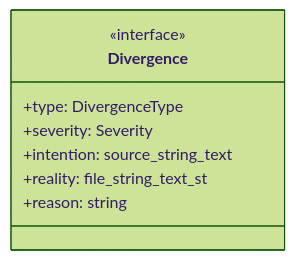
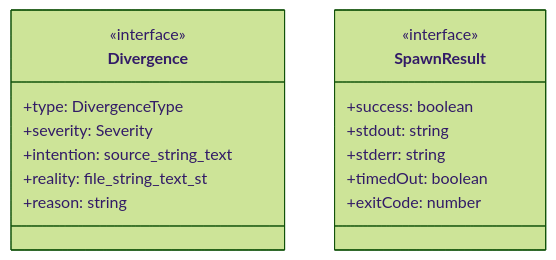
Before and after one commit to Mekann2904/mekann: the sixth of 7 diagrams in ABDD/.pi/extensions/abdd.md, drawn with Mermaid (forest theme). The commit also changed other lines of this file and 160 other files, not shown here.

````diff
--- a/ABDD/.pi/extensions/abdd.md
+++ b/ABDD/.pi/extensions/abdd.md
@@ -180,11 +198,19 @@
 ```mermaid
 classDiagram
   class Divergence {
     <<interface>>
     +type: DivergenceType
     +severity: Severity
     +intention: source_string_text
     +reality: file_string_text_st
     +reason: string
   }
+  class SpawnResult {
+    <<interface>>
+    +success: boolean
+    +stdout: string
+    +stderr: string
+    +timedOut: boolean
+    +exitCode: number
+  }
 ```
````
